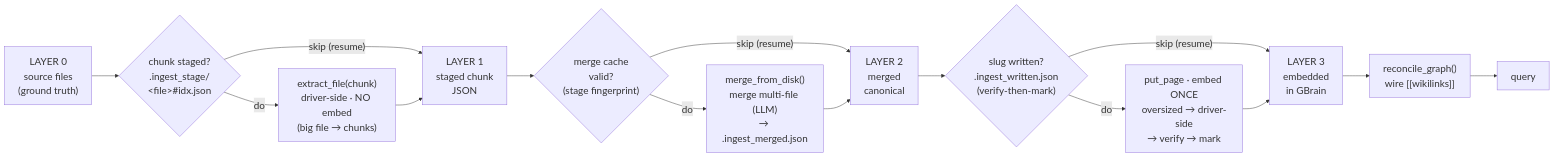
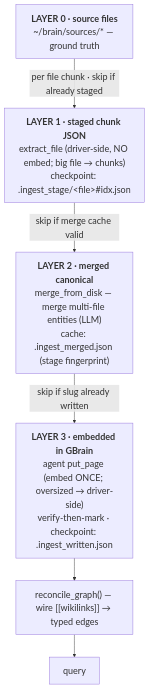
One commit to shaneliuyx/agent-development-curriculum changed the fourth of 4 diagrams in Week 3.5.96 - Self-Wiring Memory (GBrain).md. Above: the diagram before and after it, drawn with Mermaid. The commit also changed other lines of this file, not shown here.

Commit message:
docs(w3.5.96): Phase 8 diagram → compact TD (6 boxes, checkpoint as edge label)
LR was an unreadable flat row; TD-with-diamonds was a tall strip. Collapse to one
box per layer (work folded in) with the resume rule on each edge ('skip if already
staged / merge cache valid / slug written'). 4 layers + per-layer checkpoint file,
readable, no wasted strip.

````diff
--- a/Week 3.5.96 - Self-Wiring Memory (GBrain).md
+++ b/Week 3.5.96 - Self-Wiring Memory (GBrain).md
@@ -1104,17 +1104,13 @@
 ```mermaid
-%%{init: {'theme':'default', 'themeVariables': {'fontSize':'22px'}, 'flowchart':{'useMaxWidth':false, 'nodeSpacing':45, 'rankSpacing':60}}}%%
-flowchart LR
-  L0["LAYER 0<br/>source files<br/>(ground truth)"] --> C1{"chunk staged?<br/>.ingest_stage/<br/>&lt;file&gt;#idx.json"}
-  C1 -->|"skip (resume)"| L1["LAYER 1<br/>staged chunk<br/>JSON"]
-  C1 -->|"do"| EX["extract_file(chunk)<br/>driver-side · NO embed<br/>(big file → chunks)"]
-  EX --> L1
-  L1 --> C2{"merge cache<br/>valid?<br/>(stage fingerprint)"}
-  C2 -->|"skip (resume)"| L2["LAYER 2<br/>merged<br/>canonical"]
-  C2 -->|"do"| MG["merge_from_disk()<br/>merge multi-file (LLM)<br/>→ .ingest_merged.json"]
-  MG --> L2
-  L2 --> C3{"slug written?<br/>.ingest_written.json<br/>(verify-then-mark)"}
-  C3 -->|"skip (resume)"| L3["LAYER 3<br/>embedded<br/>in GBrain"]
-  C3 -->|"do"| PUT["put_page · embed ONCE<br/>oversized → driver-side<br/>→ verify → mark"]
-  PUT --> L3
-  L3 --> RC["reconcile_graph()<br/>wire [[wikilinks]]"] --> Q["query"]
+%%{init: {'theme':'default', 'themeVariables': {'fontSize':'20px'}}}%%
+flowchart TD
+  L0["<b>LAYER 0 · source files</b><br/>~/brain/sources/* — ground truth"]
+  L0 -->|"per file chunk · skip if already staged"| L1
+  L1["<b>LAYER 1 · staged chunk JSON</b><br/>extract_file (driver-side, NO embed; big file → chunks)<br/>checkpoint: .ingest_stage/&lt;file&gt;#idx.json"]
+  L1 -->|"skip if merge cache valid"| L2
+  L2["<b>LAYER 2 · merged canonical</b><br/>merge_from_disk — merge multi-file entities (LLM)<br/>cache: .ingest_merged.json (stage fingerprint)"]
+  L2 -->|"skip if slug already written"| L3
+  L3["<b>LAYER 3 · embedded in GBrain</b><br/>agent put_page (embed ONCE; oversized → driver-side)<br/>verify-then-mark · checkpoint: .ingest_written.json"]
+  L3 --> RC["reconcile_graph() — wire [[wikilinks]] → typed edges"]
+  RC --> Q["query"]
 ```
````
